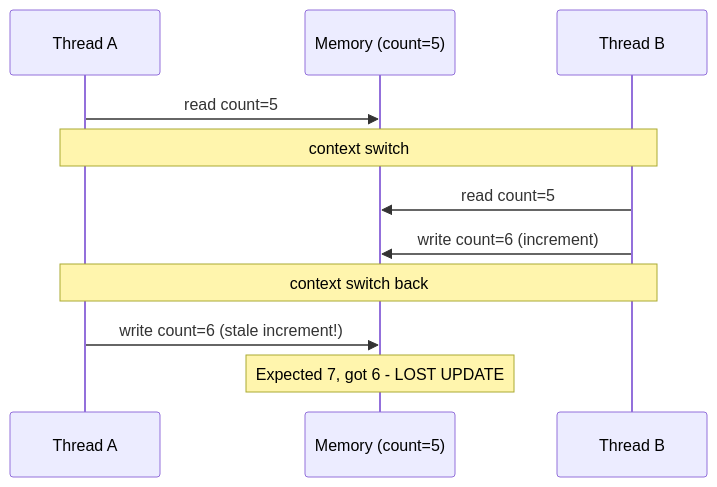
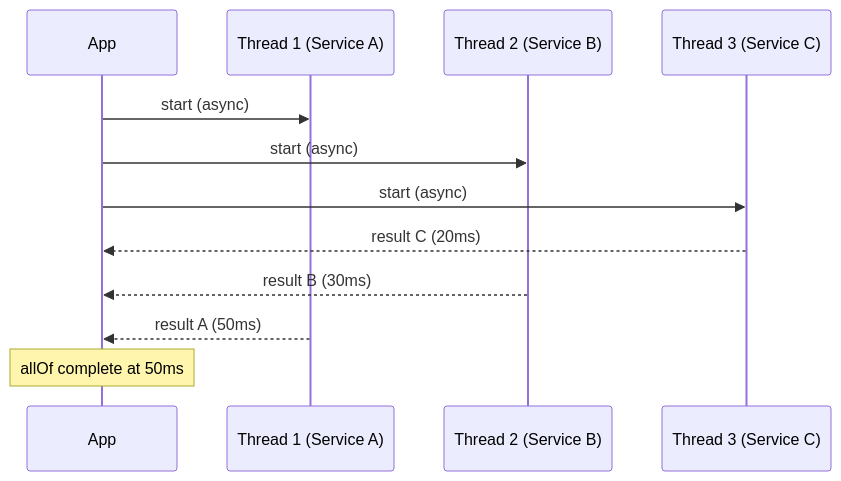
One commit to shivakrishnak/sk-int changed the first of 3 diagrams in docs/java-concurrency/Java Concurrency - L0 Orientation.md. Above: the diagram before and after it, drawn with Mermaid. The commit also changed other lines of this file and 466 other files, not shown here.

````diff
--- a/docs/java-concurrency/Java Concurrency - L0 Orientation.md
+++ b/docs/java-concurrency/Java Concurrency - L0 Orientation.md
@@ -2815,14 +577,17 @@
 ```mermaid
 sequenceDiagram
-    participant A as Thread A
-    participant M as Memory (count=5)
-    participant B as Thread B
+    participant App
+    participant T1 as Thread 1 (Service A)
+    participant T2 as Thread 2 (Service B)
+    participant T3 as Thread 3 (Service C)
 
-    A->>M: read count=5
-    Note over A,B: context switch
-    B->>M: read count=5
-    B->>M: write count=6 (increment)
-    Note over A,B: context switch back
-    A->>M: write count=6 (stale increment!)
-    Note over M: Expected 7, got 6 - LOST UPDATE
+    App->>T1: start (async)
+    App->>T2: start (async)
+    App->>T3: start (async)
+
+    T3-->>App: result C (20ms)
+    T2-->>App: result B (30ms)
+    T1-->>App: result A (50ms)
+
+    Note over App: allOf complete at 50ms
 ```
````
